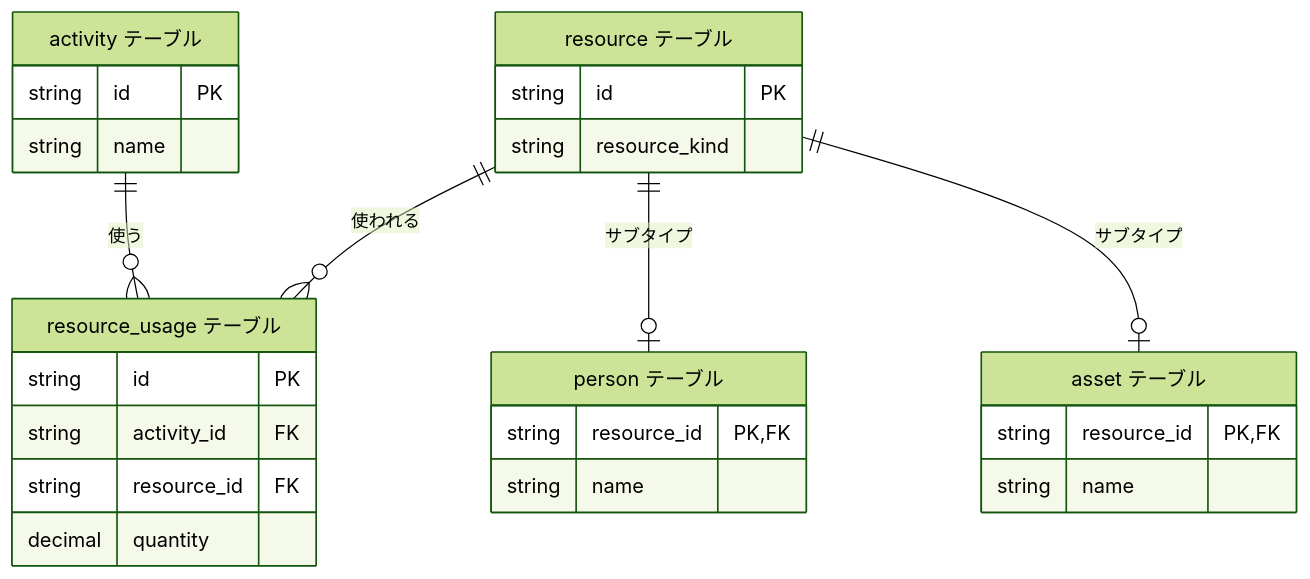
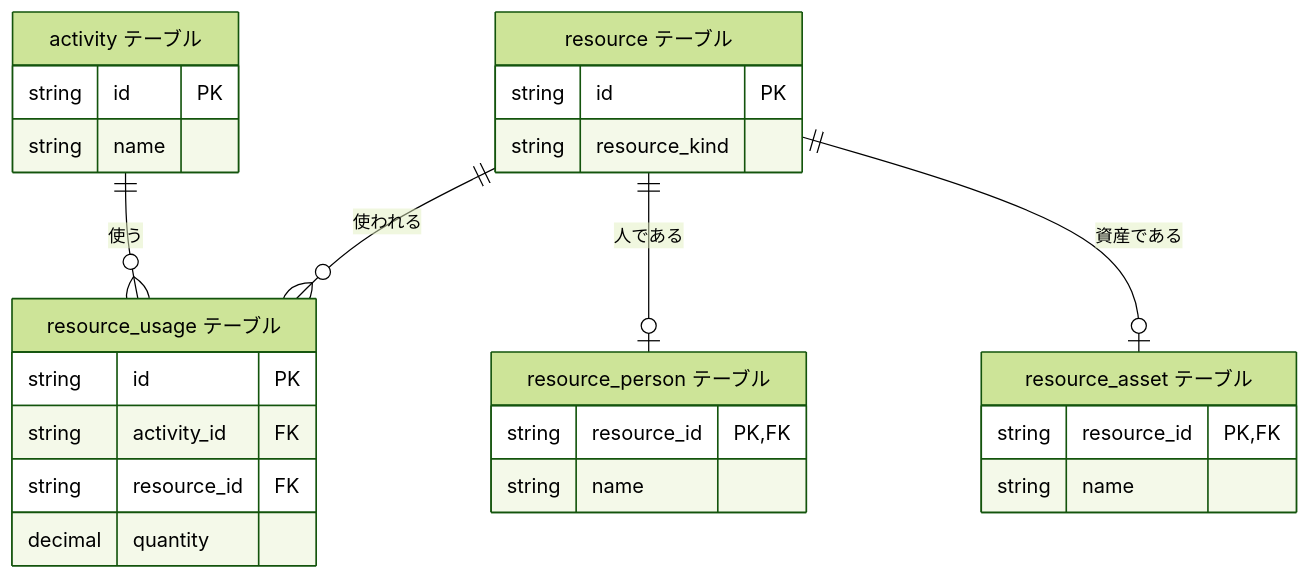
Before and after one commit to hiroki-it/tech-notebook: the seventh of 29 diagrams in docs/software/software_middleware_database_rdb_er.md, drawn with Mermaid (forest theme). The commit also changed other lines of this file, not shown here.

````diff
--- a/docs/software/software_middleware_database_rdb_er.md
+++ b/docs/software/software_middleware_database_rdb_er.md
@@ -177,34 +177,34 @@
 ```mermaid
 erDiagram
   activity["activity テーブル"] {
     string id PK
     string name
   }
 
   resource["resource テーブル"] {
     string id PK
     string resource_kind
   }
 
-  person["person テーブル"] {
+  resource_person["resource_person テーブル"] {
     string resource_id PK,FK
     string name
   }
 
-  asset["asset テーブル"] {
+  resource_asset["resource_asset テーブル"] {
     string resource_id PK,FK
     string name
   }
 
   resource_usage["resource_usage テーブル"] {
     string id PK
     string activity_id FK
     string resource_id FK
     decimal quantity
   }
 
   activity ||--o{ resource_usage : "使う"
   resource ||--o{ resource_usage : "使われる"
-  resource ||--o| person : "サブタイプ"
-  resource ||--o| asset : "サブタイプ"
+  resource ||--o| resource_person : "人である"
+  resource ||--o| resource_asset : "資産である"
 ```
````
